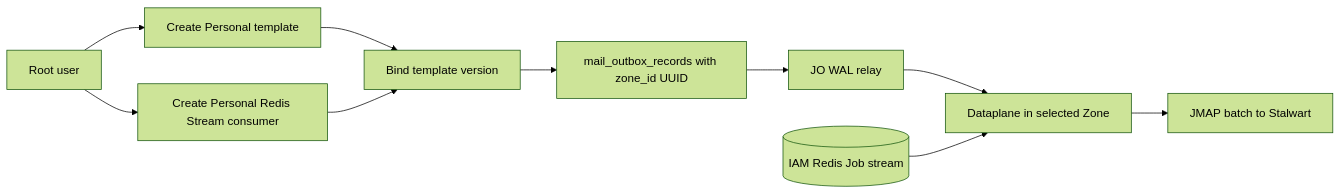
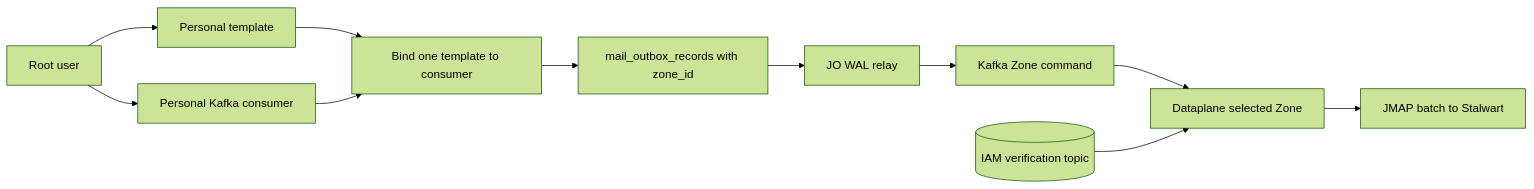
One commit to phucle996/aurora changed the second of 3 diagrams in god_view/iam/user_registration_god_view_workflow.md. Above: the diagram before and after it, drawn with Mermaid (forest theme). The commit also changed other lines of this file and 91 other files, not shown here.

Commit message:
feat: migrate job-orchestrator and dataplane communication from Redis PubSub to Kafka transport layer

````diff
--- a/god_view/iam/user_registration_god_view_workflow.md
+++ b/god_view/iam/user_registration_god_view_workflow.md
@@ -185,12 +167,13 @@
 ```mermaid
 flowchart LR
-    ROOT[Root user] --> T[Create Personal template]
-    ROOT --> C[Create Personal Redis Stream consumer]
-    T --> B[Bind template version]
+    ROOT[Root user] --> T[Personal template]
+    ROOT --> C[Personal Kafka consumer]
+    T --> B[Bind one template to consumer]
     C --> B
-    B --> O[mail_outbox_records with zone_id UUID]
+    B --> O[mail_outbox_records with zone_id]
     O --> JO[JO WAL relay]
-    JO --> Z[Dataplane in selected Zone]
-    RJ[(IAM Redis Job stream)] --> Z
-    Z --> J[JMAP batch to Stalwart]
+    JO --> PK[Kafka Zone command]
+    PK --> DP[Dataplane selected Zone]
+    IK[(IAM verification topic)] --> DP
+    DP --> J[JMAP batch to Stalwart]
 ```
````
